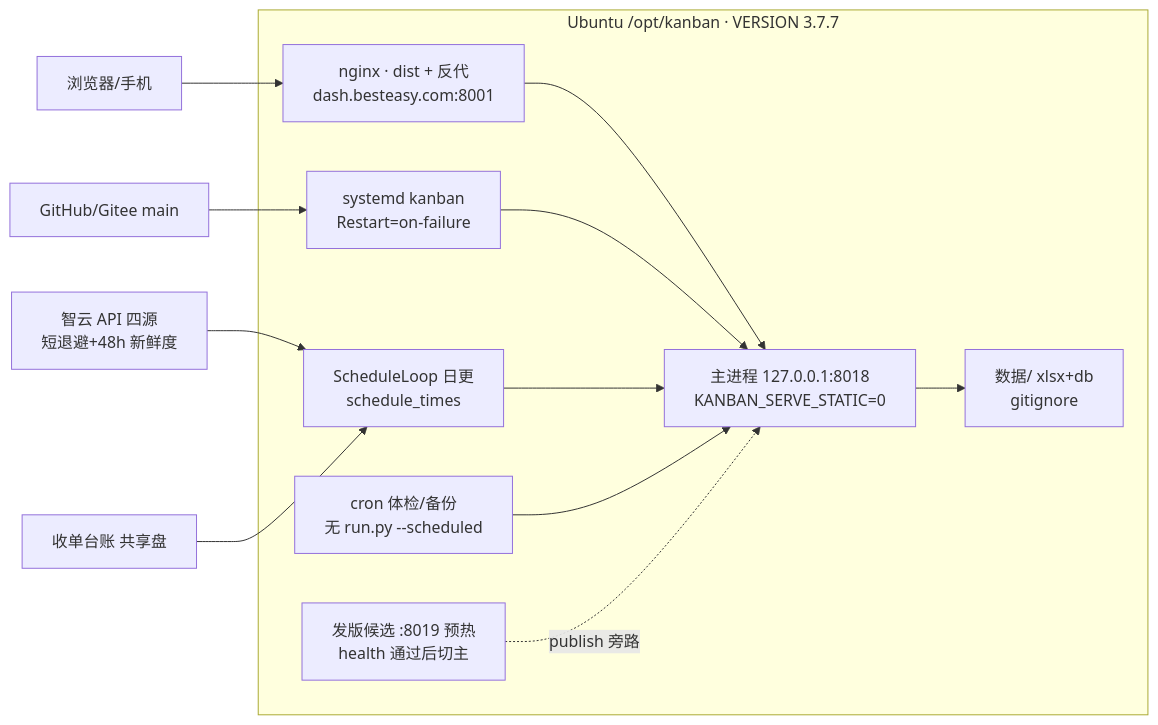
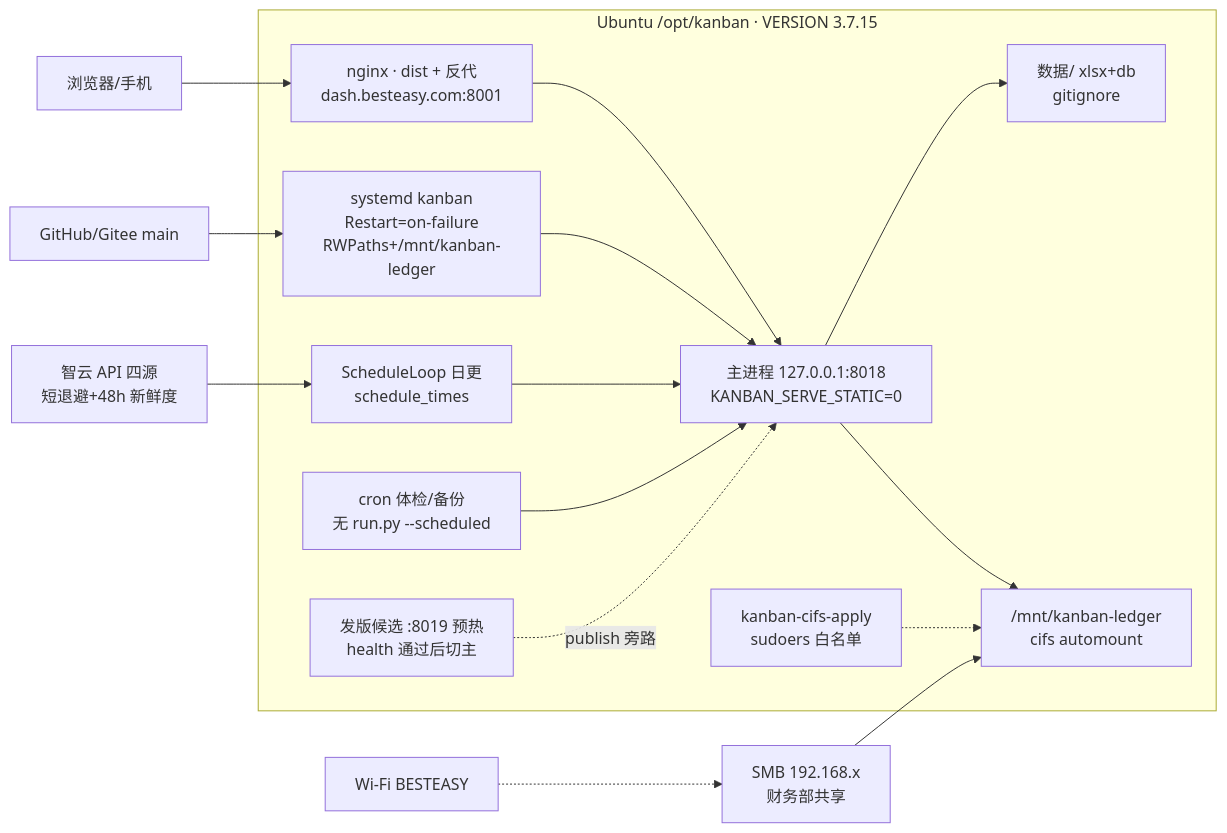
The diagram in docs/设计图/04_部署与运行拓扑图.mmd (EvanLee2004/BI), drawn with Mermaid before and after one commit. The commit also changed 24 other files, not shown here.

First line of the commit message:
docs(3.7.15): align living docs and architecture diagrams to CIFS/PROD

```diff
--- a/docs/设计图/04_部署与运行拓扑图.mmd
+++ b/docs/设计图/04_部署与运行拓扑图.mmd
@@ -1,21 +1,26 @@
-%% 部署拓扑 · VERSION 3.7.7 · 2026-08-03
+%% 部署拓扑 · VERSION 3.7.15 · 2026-08-05
 flowchart LR
-  subgraph Desktop["Ubuntu /opt/kanban · VERSION 3.7.7"]
+  subgraph Desktop["Ubuntu /opt/kanban · VERSION 3.7.15"]
     NGX["nginx · dist + 反代<br/>dash.besteasy.com:8001"]
-    SYS["systemd kanban<br/>Restart=on-failure"]
+    SYS["systemd kanban<br/>Restart=on-failure<br/>RWPaths+/mnt/kanban-ledger"]
     LOOP["ScheduleLoop 日更<br/>schedule_times"]
     CRON["cron 体检/备份<br/>无 run.py --scheduled"]
     PY["主进程 127.0.0.1:8018<br/>KANBAN_SERVE_STATIC=0"]
     CAND["发版候选 :8019 预热<br/>health 通过后切主"]
     DATA["数据/ xlsx+db<br/>gitignore"]
+    MNT["/mnt/kanban-ledger<br/>cifs automount"]
+    APPY["kanban-cifs-apply<br/>sudoers 白名单"]
     NGX --> PY
     SYS --> PY
     LOOP --> PY
     CRON --> PY
     CAND -.->|publish 旁路| PY
     PY --> DATA
+    PY --> MNT
+    APPY -.-> MNT
   end
   ZY["智云 API 四源<br/>短退避+48h 新鲜度"] --> LOOP
-  SMB["收单台账 共享盘"] --> LOOP
+  SMB["SMB 192.168.x<br/>财务部共享"] --> MNT
   GIT["GitHub/Gitee main"] --> SYS
   BROWSER["浏览器/手机"] --> NGX
+  WIFI["Wi-Fi BESTEASY"] -.-> SMB
```
